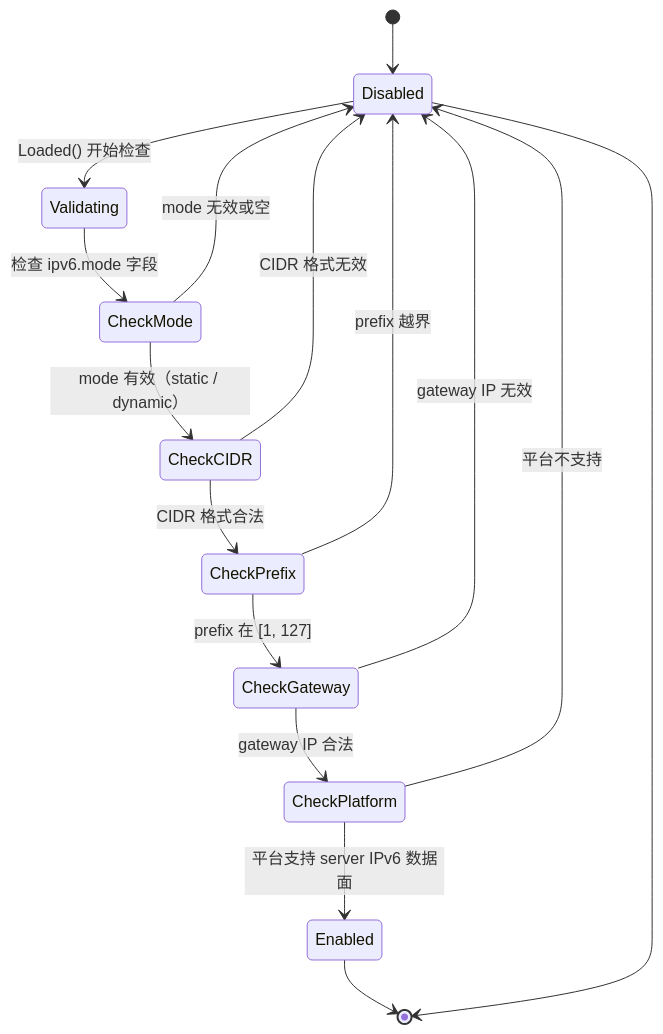
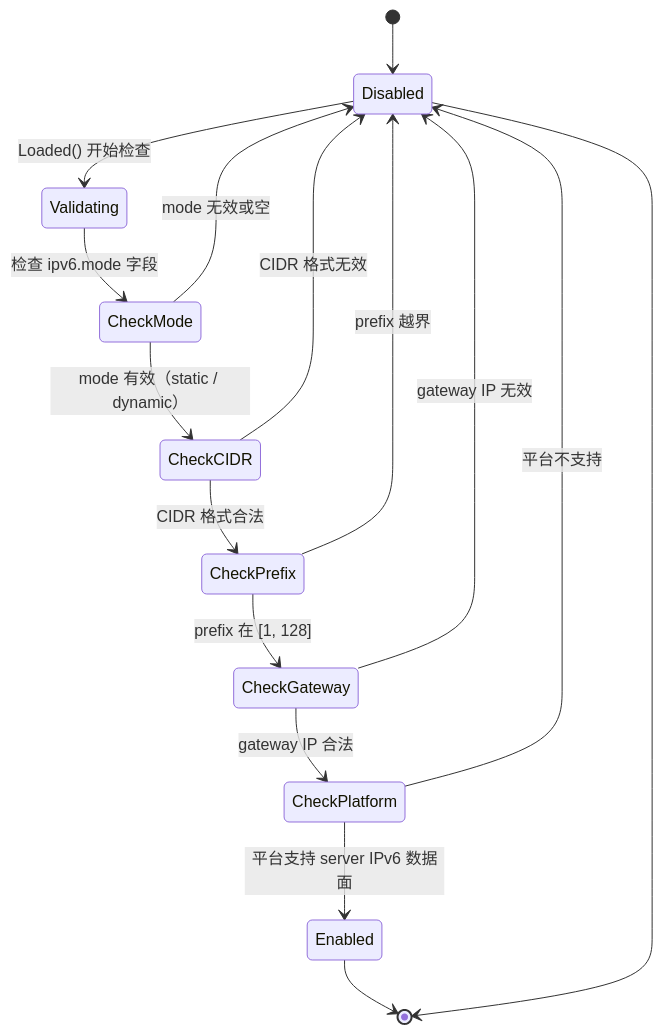
One commit to rebecca554owen/openppp2 changed the fourth of 7 diagrams in docs/reference/CONFIGURATION_CN.md. Above: the diagram before and after it, drawn with Mermaid. The commit also changed other lines of this file and 8 other files, not shown here.

````diff
--- a/docs/reference/CONFIGURATION_CN.md
+++ b/docs/reference/CONFIGURATION_CN.md
@@ -512,25 +512,25 @@
 ```mermaid
 stateDiagram-v2
     [*] --> Disabled
 
     Disabled --> Validating : Loaded() 开始检查
 
     Validating --> CheckMode : 检查 ipv6.mode 字段
     CheckMode --> CheckCIDR : mode 有效（static / dynamic）
     CheckMode --> Disabled : mode 无效或空
 
     CheckCIDR --> CheckPrefix : CIDR 格式合法
     CheckCIDR --> Disabled : CIDR 格式无效
 
-    CheckPrefix --> CheckGateway : prefix 在 [1, 127]
+    CheckPrefix --> CheckGateway : prefix 在 [1, 128]
     CheckPrefix --> Disabled : prefix 越界
 
     CheckGateway --> CheckPlatform : gateway IP 合法
     CheckGateway --> Disabled : gateway IP 无效
 
     CheckPlatform --> Enabled : 平台支持 server IPv6 数据面
     CheckPlatform --> Disabled : 平台不支持
 
     Enabled --> [*]
     Disabled --> [*]
 ```
````
